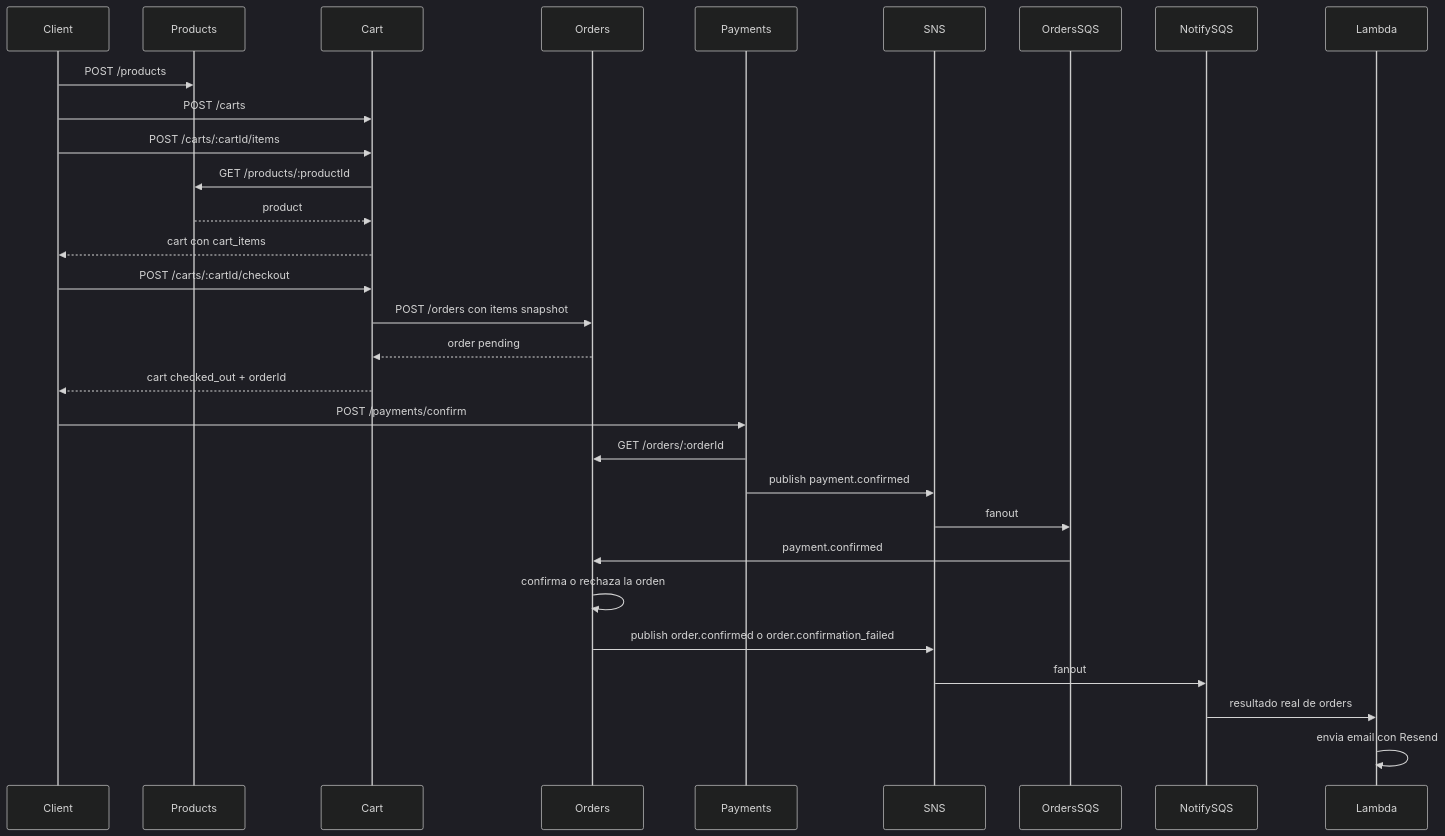
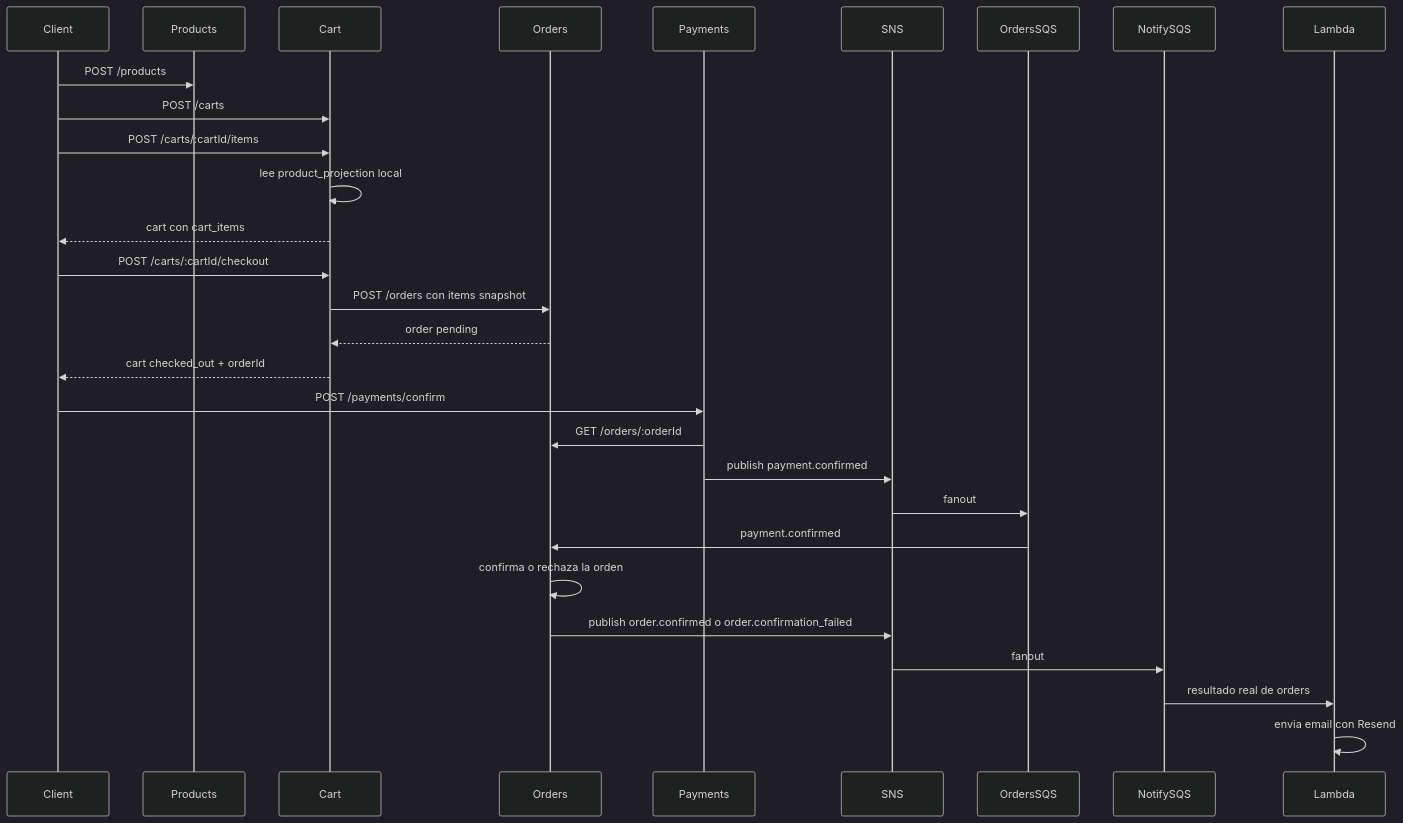
The third of 3 diagrams in docs/marketplace-simple-flow.md (dani-pereira-dev/microservice-sns-sqs), drawn with Mermaid (dark theme) before and after one commit. The commit also changed other lines of this file and 8 other files, not shown here.

````diff
--- a/docs/marketplace-simple-flow.md
+++ b/docs/marketplace-simple-flow.md
@@ -134,35 +135,34 @@
 ```mermaid
 sequenceDiagram
   participant Client
   participant Products
   participant Cart
   participant Orders
   participant Payments
   participant SNS
   participant OrdersSQS
   participant NotifySQS
   participant Lambda
 
   Client->>Products: POST /products
   Client->>Cart: POST /carts
   Client->>Cart: POST /carts/:cartId/items
-  Cart->>Products: GET /products/:productId
-  Products-->>Cart: product
+  Cart->>Cart: lee product_projection local
   Cart-->>Client: cart con cart_items
 
   Client->>Cart: POST /carts/:cartId/checkout
   Cart->>Orders: POST /orders con items snapshot
   Orders-->>Cart: order pending
   Cart-->>Client: cart checked_out + orderId
 
   Client->>Payments: POST /payments/confirm
   Payments->>Orders: GET /orders/:orderId
   Payments->>SNS: publish payment.confirmed
   SNS->>OrdersSQS: fanout
   OrdersSQS->>Orders: payment.confirmed
   Orders->>Orders: confirma o rechaza la orden
   Orders->>SNS: publish order.confirmed o order.confirmation_failed
   SNS->>NotifySQS: fanout
   NotifySQS->>Lambda: resultado real de orders
   Lambda->>Lambda: envia email con Resend
 ```
````
